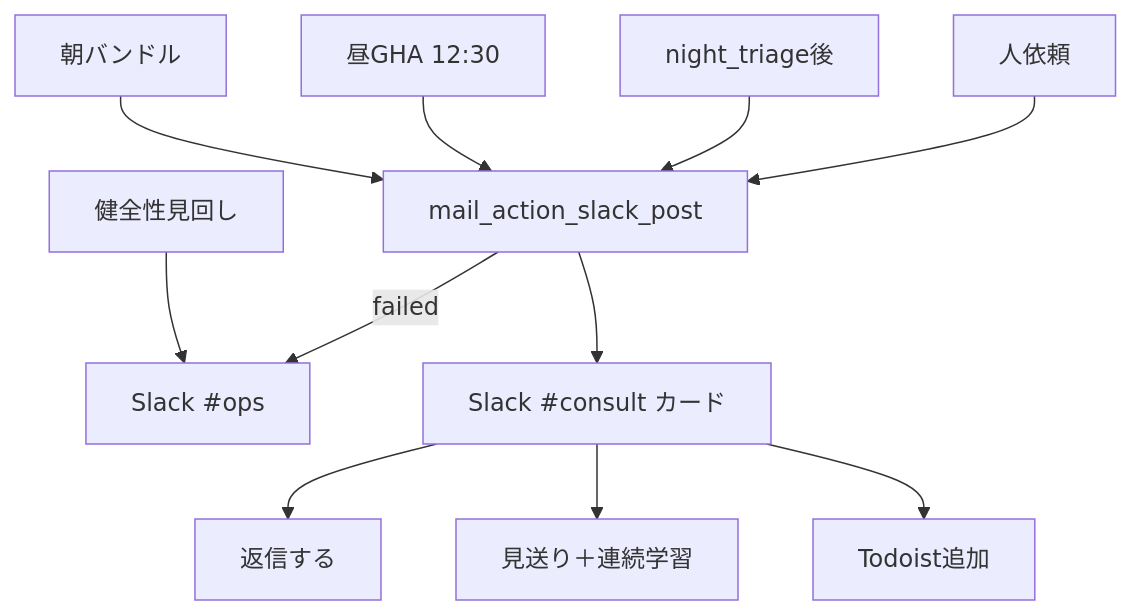
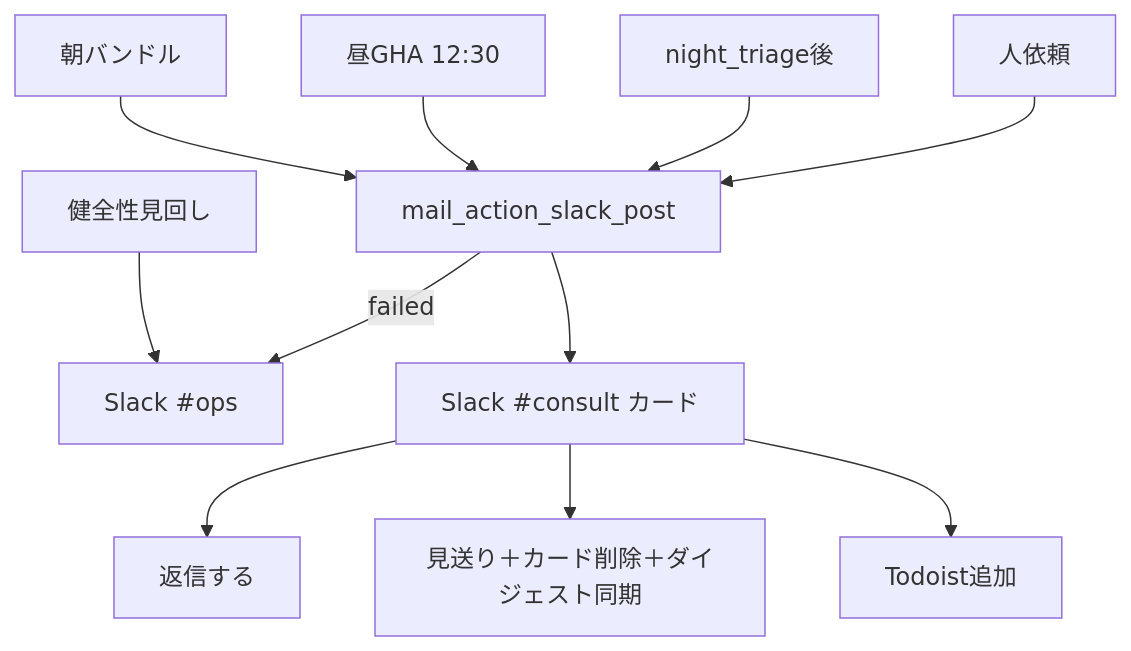
Before and after one commit to m19mhrts83-cyber/project-GE: the diagram in docs/AIエージェントチーム/100_連絡・物件動向把握室/116_メール要対応係/flow.md, drawn with Mermaid. The commit also changed other lines of this file and 11 other files, not shown here.

````diff
--- a/docs/AIエージェントチーム/100_連絡・物件動向把握室/116_メール要対応係/flow.md
+++ b/docs/AIエージェントチーム/100_連絡・物件動向把握室/116_メール要対応係/flow.md
@@ -20,13 +20,13 @@
 ```mermaid
 flowchart TD
   T1[朝バンドル] --> Post[mail_action_slack_post]
   T2[昼GHA 12:30] --> Post
   T3[night_triage後] --> Post
   T4[人依頼] --> Post
   T5[健全性見回し] --> Ops["Slack #ops"]
   Post --> Consult["Slack #consult カード"]
   Consult --> Reply[返信する]
-  Consult --> Skip[見送り＋連続学習]
+  Consult --> Skip[見送り＋カード削除＋ダイジェスト同期]
   Consult --> Todo[Todoist追加]
   Post -->|failed| Ops
 ```
````
